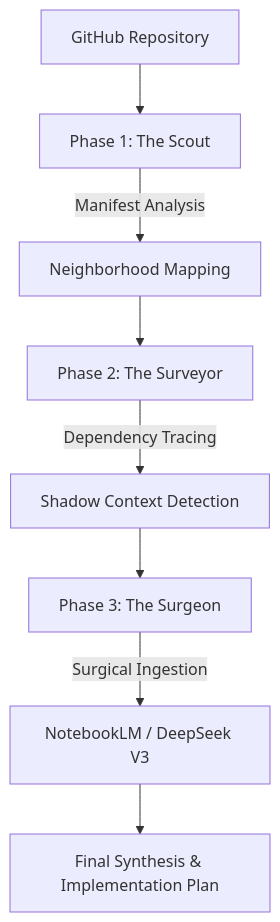
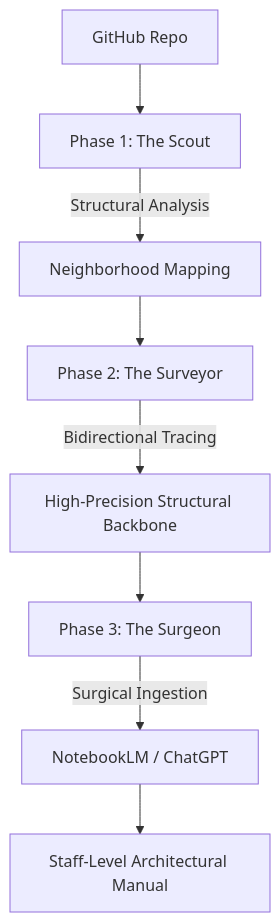
One commit to jaadu611/repoorbit changed the diagram in README.md. Above: the diagram before and after it, drawn with Mermaid. The commit also changed other lines of this file and 11 other files, not shown here.

Commit message:
feat: integrate ChatGPT automator for architectural synthesis and update project documentation and core orchestration flow.

````diff
--- a/README.md
+++ b/README.md
@@ -16,10 +9,10 @@
 ```mermaid
 graph TD
-    A[GitHub Repository] --> B[Phase 1: The Scout]
-    B -->|Manifest Analysis| C[Neighborhood Mapping]
+    A[GitHub Repo] --> B[Phase 1: The Scout]
+    B -->|Structural Analysis| C[Neighborhood Mapping]
     C --> D[Phase 2: The Surveyor]
-    D -->|Dependency Tracing| E[Shadow Context Detection]
+    D -->|Bidirectional Tracing| E[High-Precision Structural Backbone]
     E --> F[Phase 3: The Surgeon]
-    F -->|Surgical Ingestion| G[NotebookLM / DeepSeek V3]
-    G --> H[Final Synthesis & Implementation Plan]
+    F -->|Surgical Ingestion| G[NotebookLM / ChatGPT]
+    G --> H[Staff-Level Architectural Manual]
 ```
````
